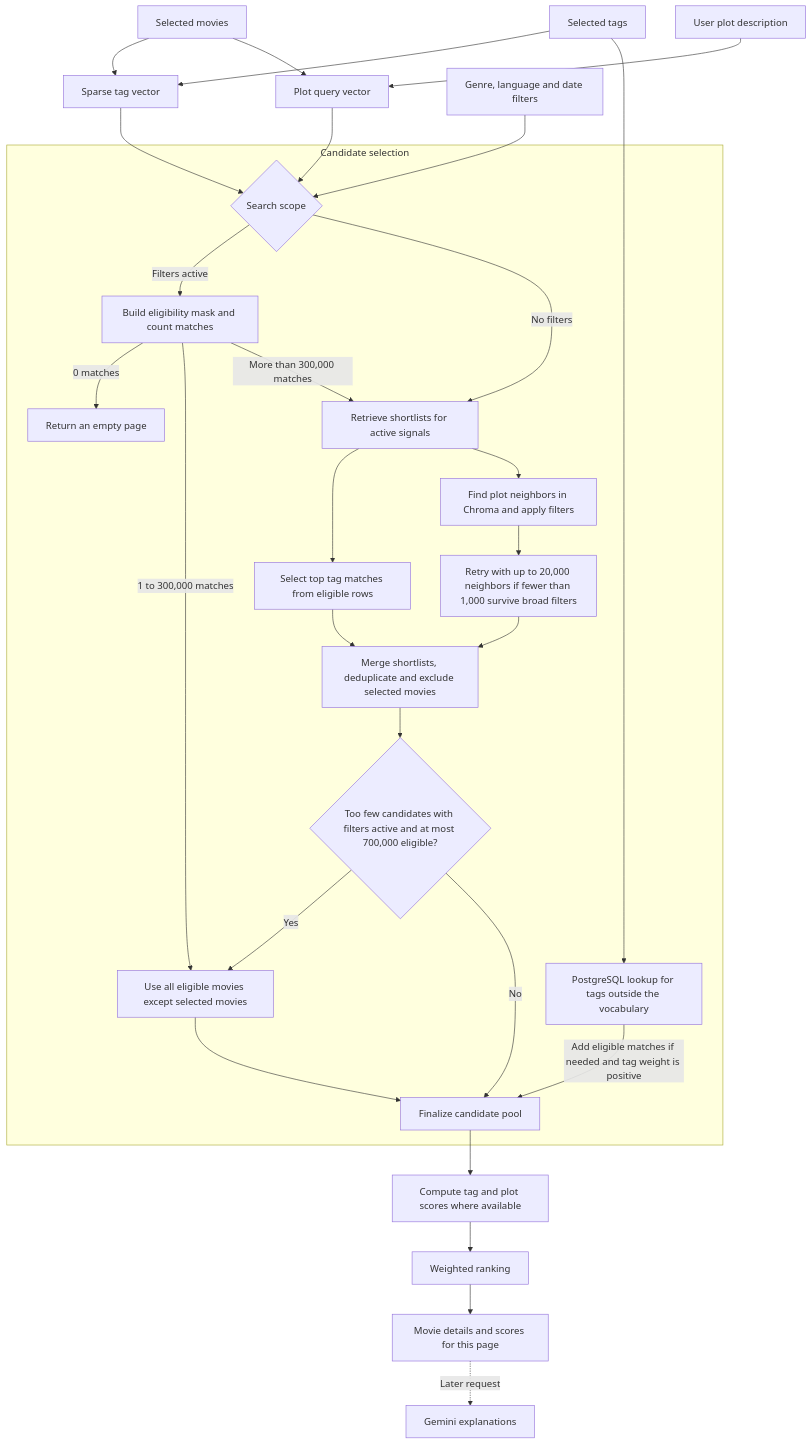
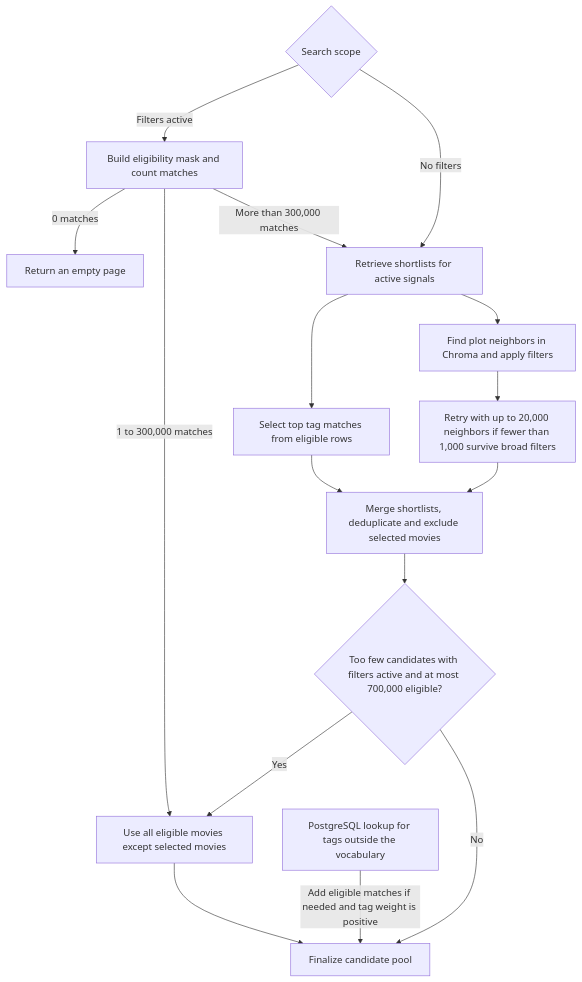
Before and after one commit to Nuwantha97/movie_recommendation_system: the second of 3 diagrams in README.md, drawn with Mermaid. The commit also changed other lines of this file, not shown here.

Commit message:
fix: update candidate selection flowchart for improved clarity and structure

````diff
--- a/README.md
+++ b/README.md
@@ -7,35 +26,19 @@
 ```mermaid
 flowchart TD
-    Seeds[Selected movies] --> Tags[Sparse tag vector]
-    Chips[Selected tags] --> Tags
-    Seeds --> Plot[Plot query vector]
-    Text[User plot description] --> Plot
-    Chips --> ExactTags[PostgreSQL lookup for tags outside the vocabulary]
-    Tags --> Scope
-    Plot --> Scope
-    Filters[Genre, language and date filters] --> Scope
-
-    subgraph Selection[Candidate selection]
-        Scope{Search scope}
-        Scope -->|Filters active| Mask[Build eligibility mask and count matches]
-        Mask -->|0 matches| Empty[Return an empty page]
-        Mask -->|1 to 300,000 matches| All[Use all eligible movies except selected movies]
-        Mask -->|More than 300,000 matches| Shortlists[Retrieve shortlists for active signals]
-        Scope -->|No filters| Shortlists
-        Shortlists --> TagSearch[Select top tag matches from eligible rows]
-        Shortlists --> PlotSearch[Find plot neighbors in Chroma and apply filters]
-        PlotSearch --> Retry[Retry with up to 20,000 neighbors if fewer than 1,000 survive broad filters]
-        TagSearch --> Merge[Merge shortlists, deduplicate and exclude selected movies]
-        Retry --> Merge
-        Merge --> Fallback{"Too few candidates with filters active and at most 700,000 eligible?"}
-        Fallback -->|Yes| All
-        Fallback -->|No| Pool[Finalize candidate pool]
-        All --> Pool
-        ExactTags -->|Add eligible matches if needed and tag weight is positive| Pool
-    end
-
-    Pool --> Score[Compute tag and plot scores where available]
-    Score --> Rank[Weighted ranking]
-    Rank --> Page[Movie details and scores for this page]
-    Page -. Later request .-> Explain[Gemini explanations]
+    Scope{Search scope}
+    Scope -->|Filters active| Mask[Build eligibility mask and count matches]
+    Mask -->|0 matches| Empty[Return an empty page]
+    Mask -->|1 to 300,000 matches| All[Use all eligible movies except selected movies]
+    Mask -->|More than 300,000 matches| Shortlists[Retrieve shortlists for active signals]
+    Scope -->|No filters| Shortlists
+    Shortlists --> TagSearch[Select top tag matches from eligible rows]
+    Shortlists --> PlotSearch[Find plot neighbors in Chroma and apply filters]
+    PlotSearch --> Retry[Retry with up to 20,000 neighbors if fewer than 1,000 survive broad filters]
+    TagSearch --> Merge[Merge shortlists, deduplicate and exclude selected movies]
+    Retry --> Merge
+    Merge --> Fallback{"Too few candidates with filters active and at most 700,000 eligible?"}
+    Fallback -->|Yes| All
+    Fallback -->|No| Pool[Finalize candidate pool]
+    All --> Pool
+    ExactTags[PostgreSQL lookup for tags outside the vocabulary] -->|Add eligible matches if needed and tag weight is positive| Pool
 ```
````
